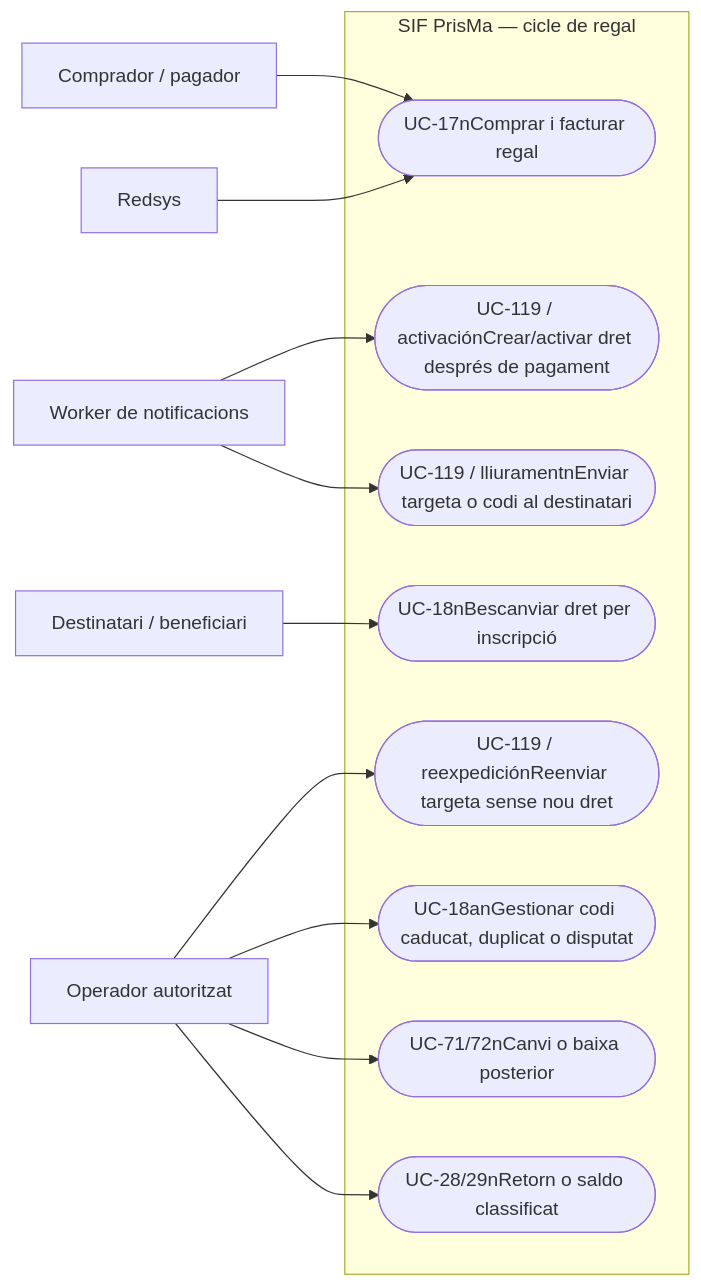
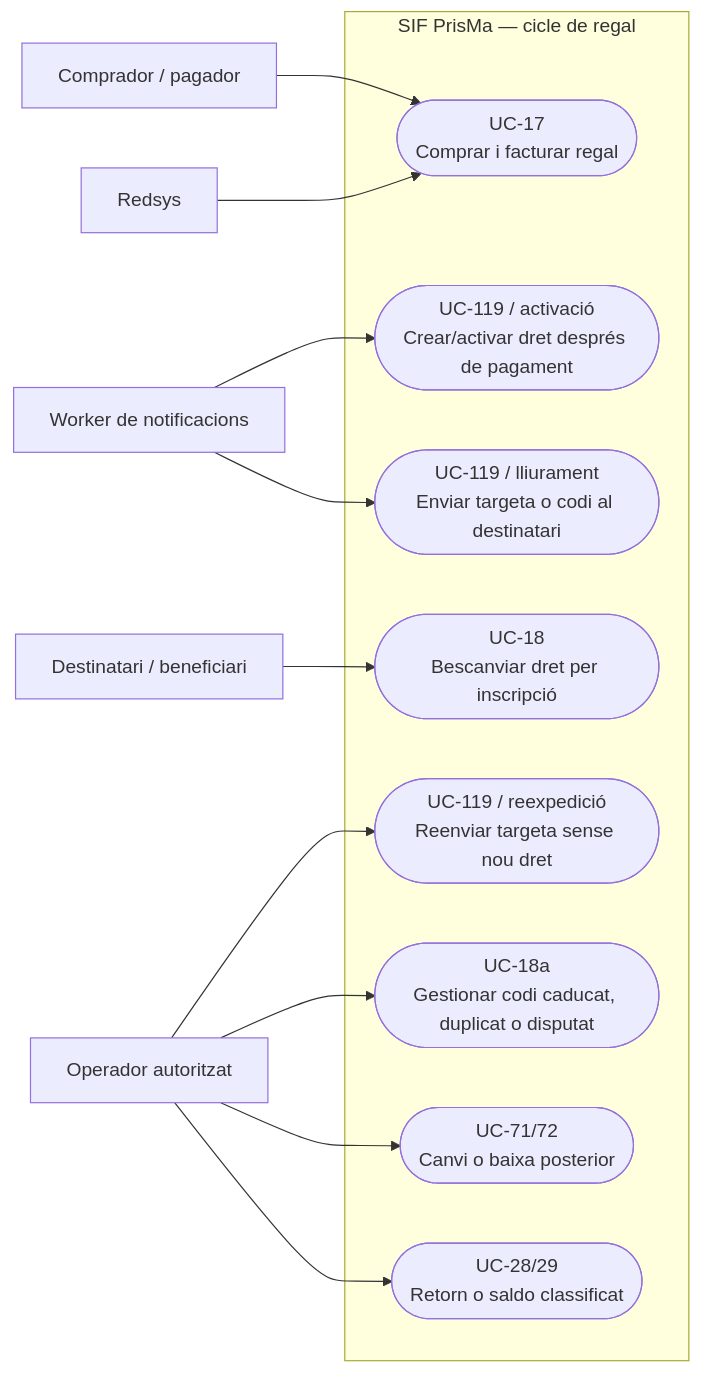
Before and after one commit to orgmeriemprismacat-del/verifactu: the second of 9 diagrams in documentacio/07-uml-integrat/uc-119-cicle-complet-regal.md, drawn with Mermaid.

Commit message:
docs(uml): corregir salts Mermaid UC-119

````diff
--- a/documentacio/07-uml-integrat/uc-119-cicle-complet-regal.md
+++ b/documentacio/07-uml-integrat/uc-119-cicle-complet-regal.md
@@ -111,27 +111,27 @@
 ```mermaid
 flowchart LR
   a_0["Comprador / pagador"]
   a_1["Destinatari / beneficiari"]
   a_2["Redsys"]
   a_3["Operador autoritzat"]
   a_4["Worker de notificacions"]
   subgraph SIF_BOUNDARY["SIF PrisMa — cicle de regal"]
-    u_0(["UC-17nComprar i facturar regal"])
-    u_1(["UC-119 / activaciónCrear/activar dret després de pagament"])
-    u_2(["UC-119 / lliuramentnEnviar targeta o codi al destinatari"])
-    u_3(["UC-119 / reexpediciónReenviar targeta sense nou dret"])
-    u_4(["UC-18nBescanviar dret per inscripció"])
-    u_5(["UC-18anGestionar codi caducat, duplicat o disputat"])
-    u_6(["UC-71/72nCanvi o baixa posterior"])
-    u_7(["UC-28/29nRetorn o saldo classificat"])
+    u_0(["UC-17<br/>Comprar i facturar regal"])
+    u_1(["UC-119 / activació<br/>Crear/activar dret després de pagament"])
+    u_2(["UC-119 / lliurament<br/>Enviar targeta o codi al destinatari"])
+    u_3(["UC-119 / reexpedició<br/>Reenviar targeta sense nou dret"])
+    u_4(["UC-18<br/>Bescanviar dret per inscripció"])
+    u_5(["UC-18a<br/>Gestionar codi caducat, duplicat o disputat"])
+    u_6(["UC-71/72<br/>Canvi o baixa posterior"])
+    u_7(["UC-28/29<br/>Retorn o saldo classificat"])
   end
   a_0 --> u_0
   a_2 --> u_0
   a_4 --> u_1
   a_4 --> u_2
   a_3 --> u_3
   a_1 --> u_4
   a_3 --> u_5
   a_3 --> u_6
   a_3 --> u_7
 ```
````
